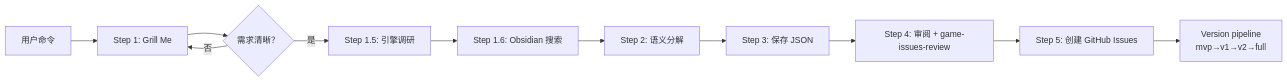
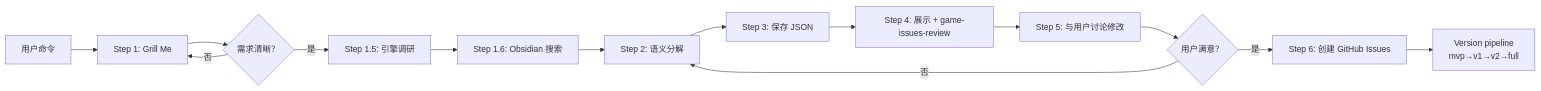
One commit to devvi/perfect-dev-agent-workflow changed the diagram in agents/skills/game-to-issues/SKILL.md. Above: the diagram before and after it, drawn with Mermaid. The commit also changed other lines of this file, not shown here.

Commit message:
feat: game-issues-review now mandatory pre-creation step with user discussion loop

````diff
--- a/agents/skills/game-to-issues/SKILL.md
+++ b/agents/skills/game-to-issues/SKILL.md
@@ -73,13 +73,16 @@
 ```mermaid
 flowchart LR
     A[用户命令] --> B[Step 1: Grill Me]
     B --> C{需求清晰？}
     C -->|否| B
     C -->|是| D[Step 1.5: 引擎调研]
     D --> E[Step 1.6: Obsidian 搜索]
     E --> F[Step 2: 语义分解]
     F --> G[Step 3: 保存 JSON]
-    G --> H[Step 4: 审阅 + game-issues-review]
-    H --> I[Step 5: 创建 GitHub Issues]
-    I --> J[Version pipeline<br/>mvp→v1→v2→full]
+    G --> H[Step 4: 展示 + game-issues-review]
+    H --> I[Step 5: 与用户讨论修改]
+    I --> J{用户满意？}
+    J -->|否| F
+    J -->|是| K[Step 6: 创建 GitHub Issues]
+    K --> L[Version pipeline<br/>mvp→v1→v2→full]
 ```
````
